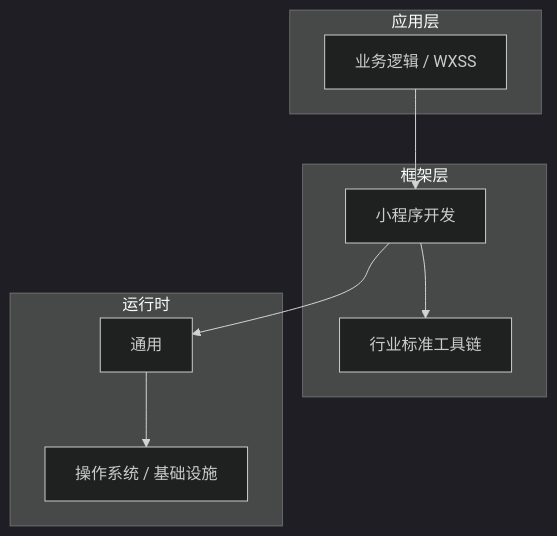
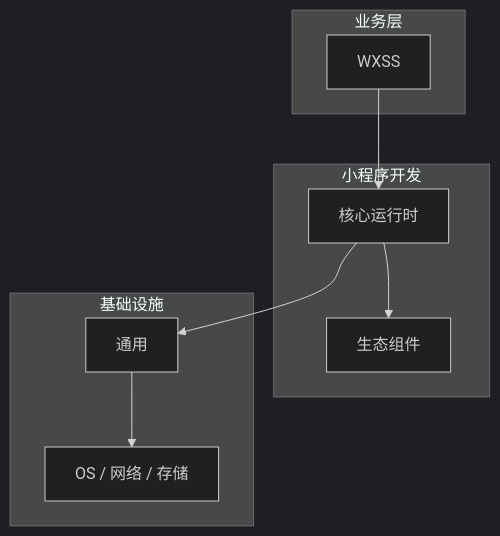
The diagram in articles/小程序开发/chapters/015-W跨站脚本风险核心概念与原理.md (yanggan2015/knowledge-json-v2), drawn with Mermaid (dark theme) before and after one commit. The commit also changed other lines of this file and 10127 other files, not shown here.

````diff
--- a/articles/小程序开发/chapters/015-W跨站脚本风险核心概念与原理.md
+++ b/articles/小程序开发/chapters/015-W跨站脚本风险核心概念与原理.md
@@ -45,18 +34,18 @@
 ```mermaid
 graph TB
-    subgraph 应用层
-        A[业务逻辑 / WXSS]
+    subgraph 业务层
+        A[WXSS]
     end
-    subgraph 框架层
-        B[小程序开发]
-        C[行业标准工具链]
+    subgraph 小程序开发
+        B[核心运行时]
+        C[生态组件]
     end
-    subgraph 运行时
+    subgraph 基础设施
         D[通用]
-        E[操作系统 / 基础设施]
+        E[OS / 网络 / 存储]
     end
     A --> B
     B --> C
     B --> D
     D --> E
 ```
````
